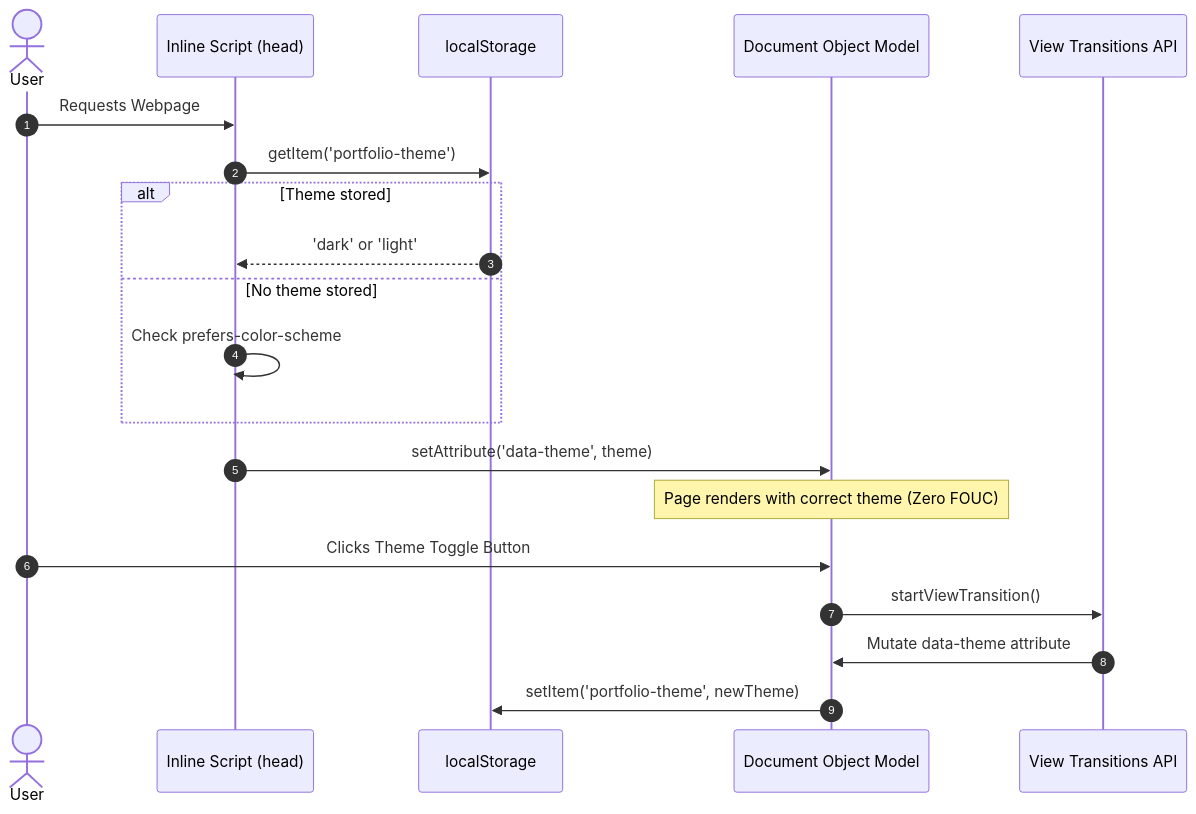
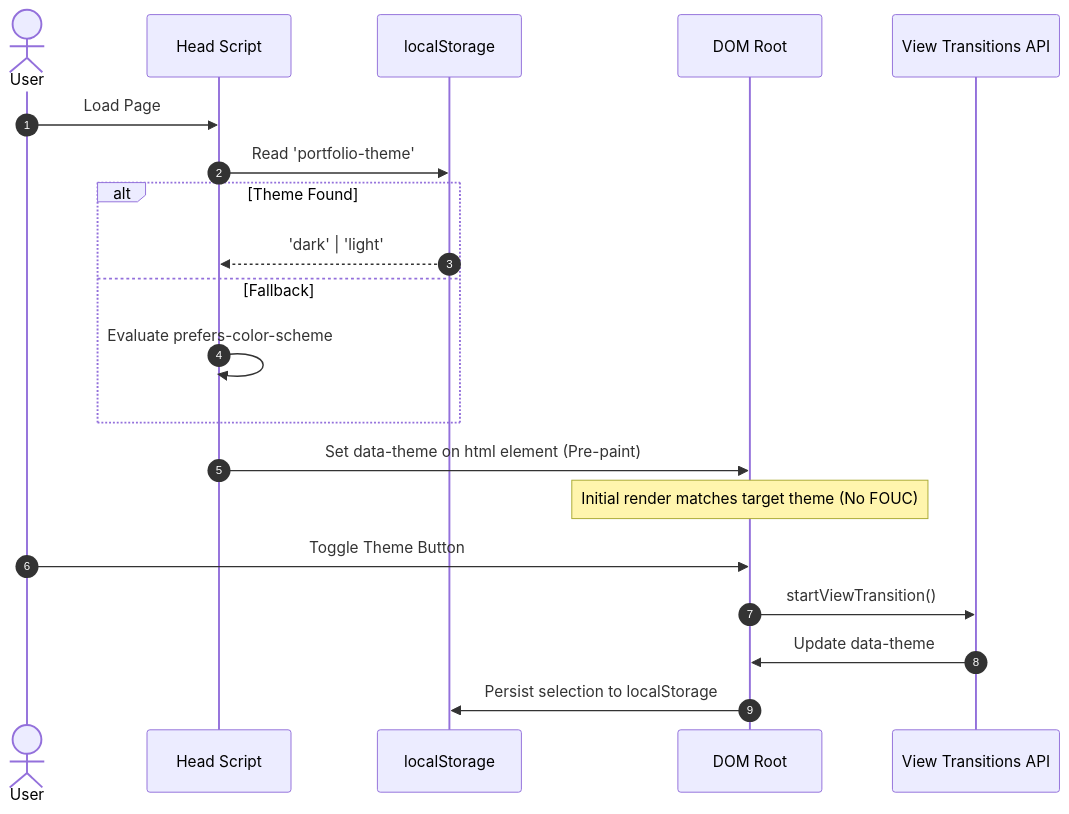
The second of 3 diagrams in README.md (humayunk45423/Webpage-2), drawn with Mermaid before and after one commit. The commit also changed other lines of this file and 5 other files, not shown here.

````diff
--- a/README.md
+++ b/README.md
@@ -74,23 +76,23 @@
 ```mermaid
 sequenceDiagram
     autonumber
     actor User
-    participant Head as Inline Script (head)
+    participant Head as Head Script
     participant Storage as localStorage
-    participant DOM as Document Object Model
-    participant ViewTrans as View Transitions API
+    participant DOM as DOM Root
+    participant VT as View Transitions API
 
-    User->>Head: Requests Webpage
-    Head->>Storage: getItem('portfolio-theme')
-    alt Theme stored
-        Storage-->>Head: 'dark' or 'light'
-    else No theme stored
-        Head->>Head: Check prefers-color-scheme
+    User->>Head: Load Page
+    Head->>Storage: Read 'portfolio-theme'
+    alt Theme Found
+        Storage-->>Head: 'dark' | 'light'
+    else Fallback
+        Head->>Head: Evaluate prefers-color-scheme
     end
-    Head->>DOM: setAttribute('data-theme', theme)
-    Note over DOM: Page renders with correct theme (Zero FOUC)
-    User->>DOM: Clicks Theme Toggle Button
-    DOM->>ViewTrans: startViewTransition()
-    ViewTrans->>DOM: Mutate data-theme attribute
-    DOM->>Storage: setItem('portfolio-theme', newTheme)
+    Head->>DOM: Set data-theme on html element (Pre-paint)
+    Note over DOM: Initial render matches target theme (No FOUC)
+    User->>DOM: Toggle Theme Button
+    DOM->>VT: startViewTransition()
+    VT->>DOM: Update data-theme
+    DOM->>Storage: Persist selection to localStorage
 ```
````
